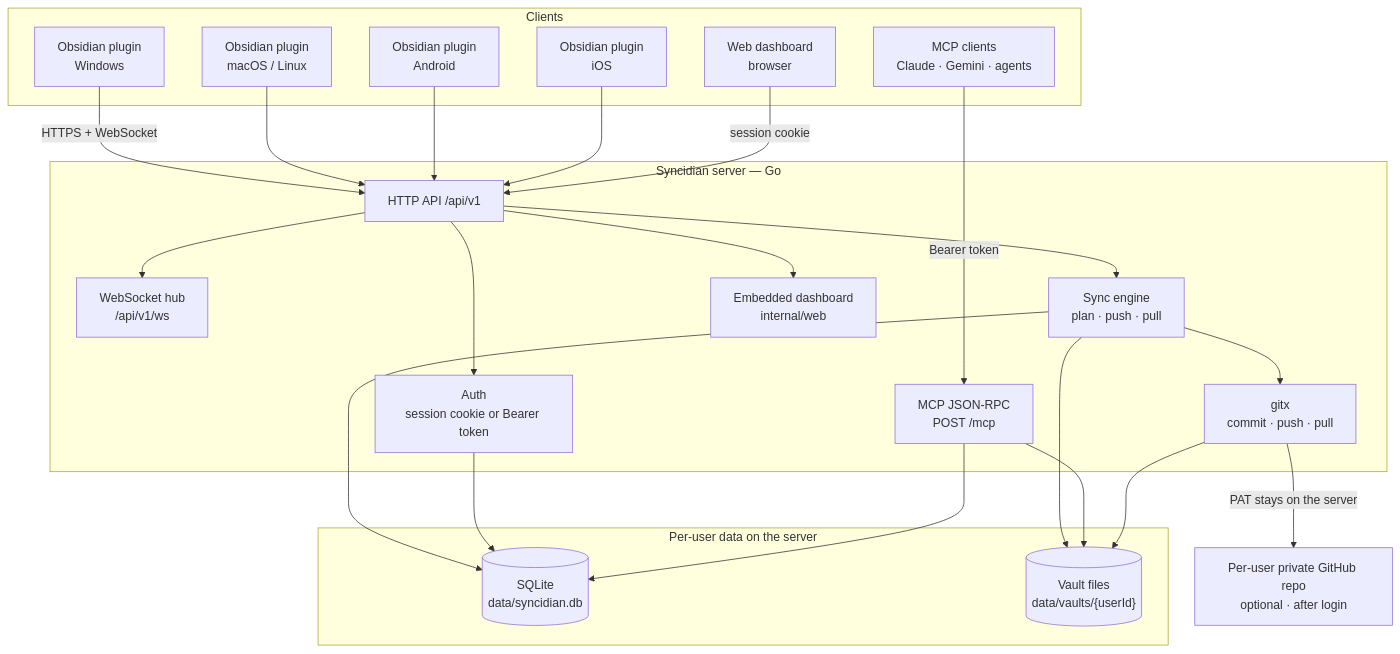
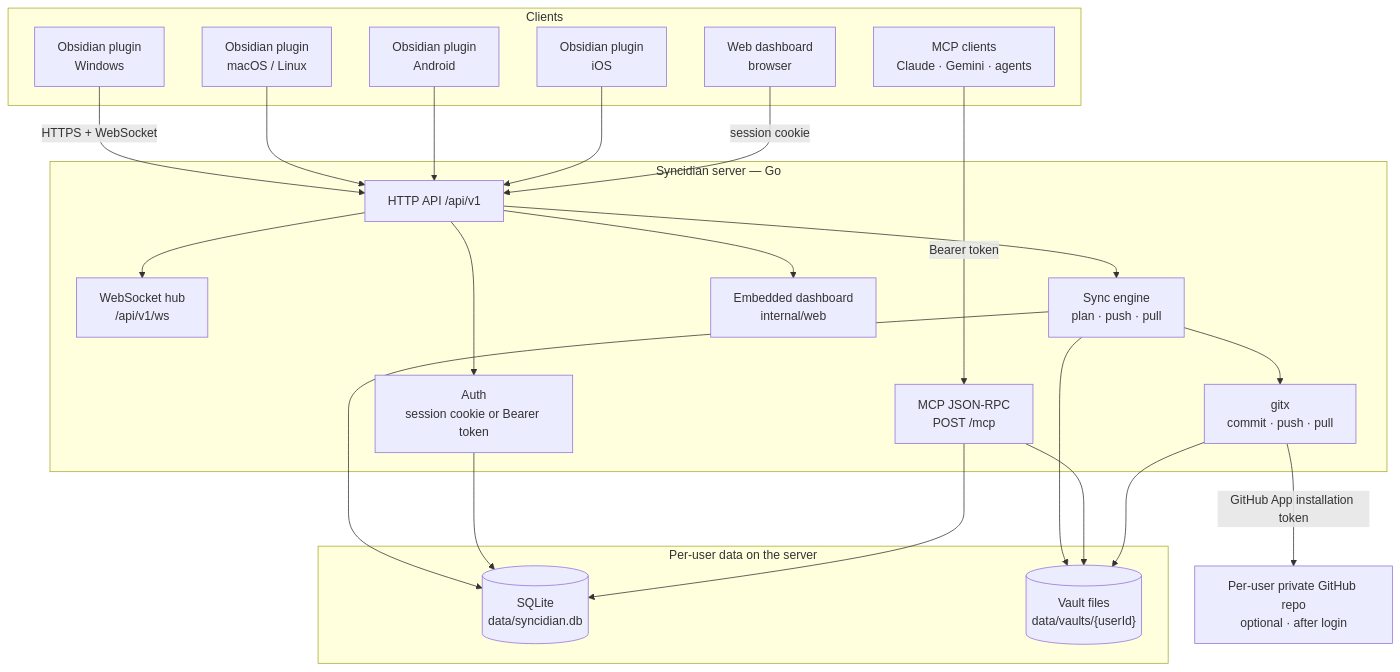
One commit to shangeethsivan/Syncidian changed the first of 13 diagrams in docs/architecture.md. Above: the diagram before and after it, drawn with Mermaid. The commit also changed other lines of this file and 13 other files, not shown here.

First line of the commit message:
Connect GitHub with an App instead of personal access tokens

````diff
--- a/docs/architecture.md
+++ b/docs/architecture.md
@@ -13,48 +13,48 @@
 ```mermaid
 flowchart TB
   subgraph clients [Clients]
     Win["Obsidian plugin<br/>Windows"]
     Mac["Obsidian plugin<br/>macOS / Linux"]
     And["Obsidian plugin<br/>Android"]
     iOS["Obsidian plugin<br/>iOS"]
     Dash["Web dashboard<br/>browser"]
     AI["MCP clients<br/>Claude · Gemini · agents"]
   end
 
   subgraph server [Syncidian server — Go]
     API["HTTP API /api/v1"]
     WS["WebSocket hub<br/>/api/v1/ws"]
     Sync["Sync engine<br/>plan · push · pull"]
     Auth["Auth<br/>session cookie or Bearer token"]
     MCP["MCP JSON-RPC<br/>POST /mcp"]
     Git["gitx<br/>commit · push · pull"]
     Web["Embedded dashboard<br/>internal/web"]
   end
 
   subgraph data [Per-user data on the server]
     SQLite[("SQLite<br/>data/syncidian.db")]
     Vault[("Vault files<br/>data/vaults/{userId}")]
   end
 
   GH["Per-user private GitHub repo<br/>optional · after login"]
 
   Win -->|"HTTPS + WebSocket"| API
   Mac --> API
   And --> API
   iOS --> API
   Dash -->|"session cookie"| API
   AI -->|"Bearer token"| MCP
 
   API --> Auth
   API --> Sync
   API --> WS
   API --> Web
   Sync --> Vault
   Sync --> SQLite
   Auth --> SQLite
   MCP --> Vault
   MCP --> SQLite
   Sync --> Git
   Git --> Vault
-  Git -->|"PAT stays on the server"| GH
+  Git -->|"GitHub App installation token"| GH
 ```
````
